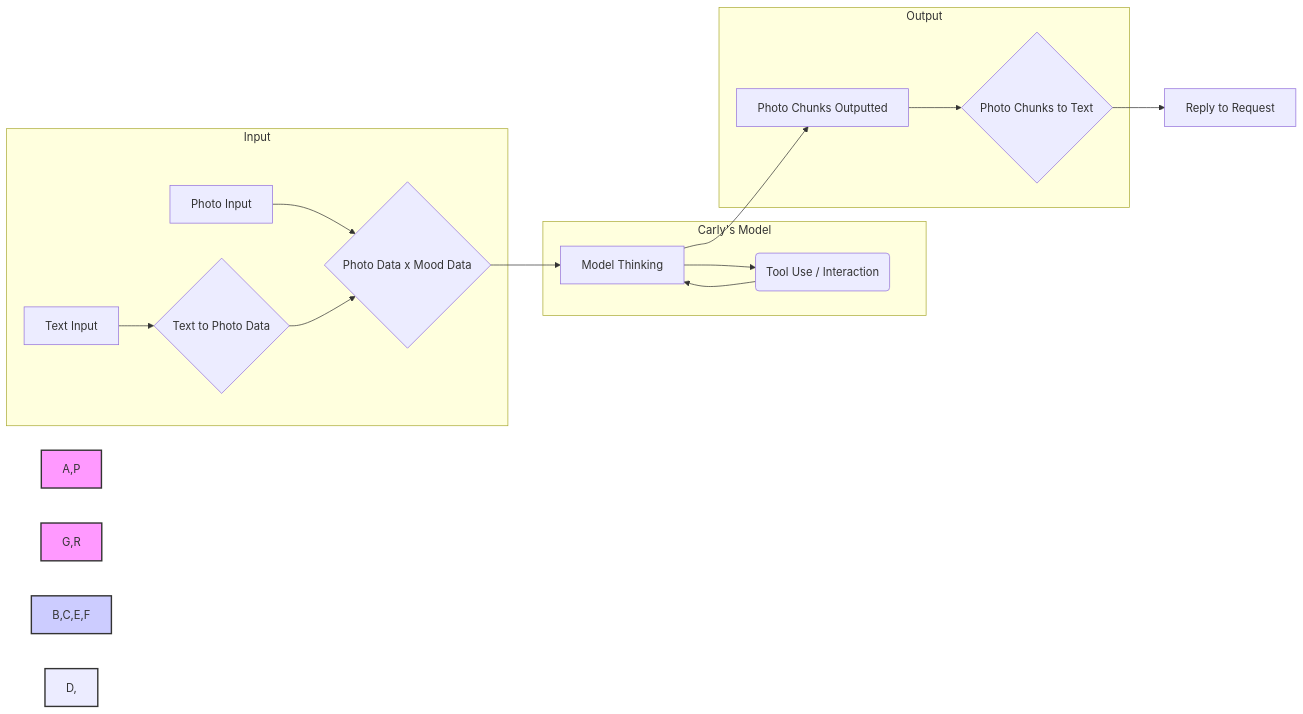
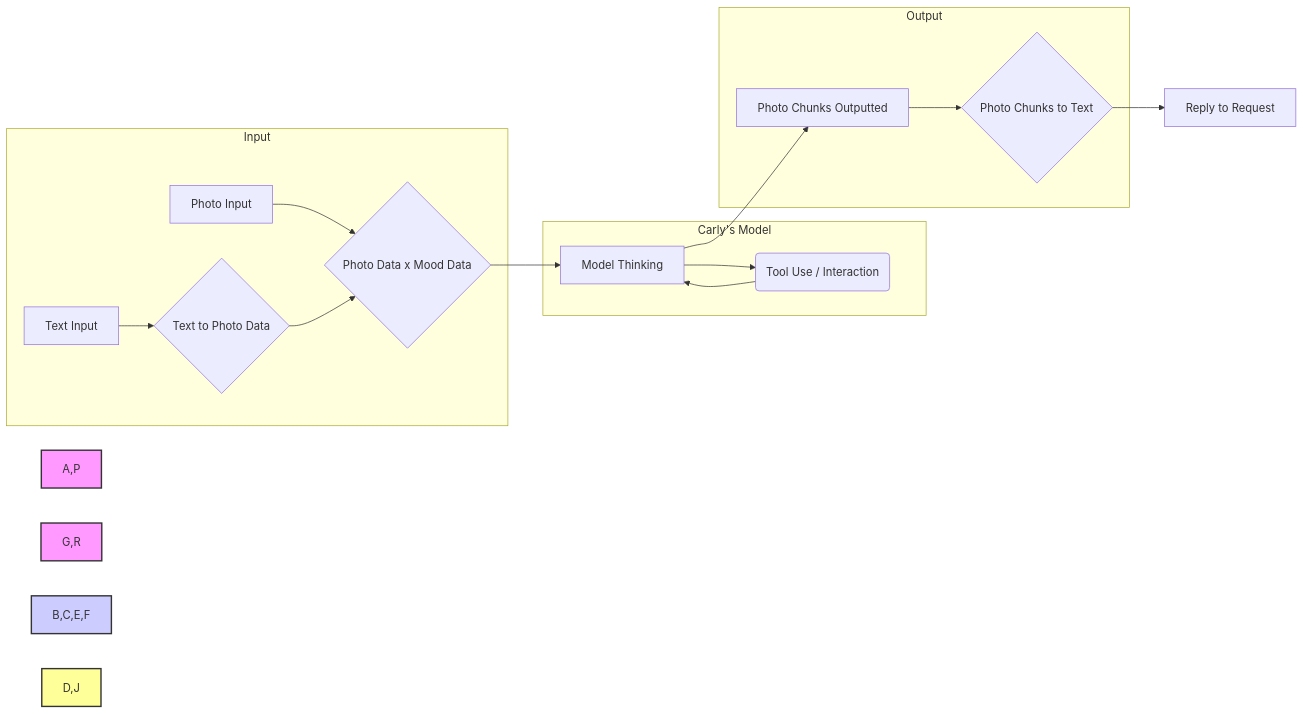
The diagram in content/about-us/carly-api.md (lunamidori5/Midori-AI-Website), drawn with Mermaid before and after one commit. The commit also changed other lines of this file, not shown here.

````diff
--- a/content/about-us/carly-api.md
+++ b/content/about-us/carly-api.md
@@ -37,23 +37,23 @@
 ```mermaid { align="center" zoom="true" }
 graph LR
     subgraph "Input"
         A[Text Input] --> B{Text to Photo Data}
         P[Photo Input] --> C{Photo Data x Mood Data}
     end
     B --> C
     subgraph "Carly's Model"
         C --> D[Model Thinking]
         D --> J("Tool Use / Interaction")
         J --> D
     end
     D --> F[Photo Chunks Outputted]
     subgraph "Output"
         F --> G{Photo Chunks to Text}
     end
     G --> R[Reply to Request]
 
     style A,P fill:#f9f,stroke:#333,stroke-width:2px
     style G,R fill:#f9f,stroke:#333,stroke-width:2px
     style B,C,E,F fill:#ccf,stroke:#333,stroke-width:2px
-    style D, J fill:#ff9,stroke:#333,stroke-width:2px
+    style D,J fill:#ff9,stroke:#333,stroke-width:2px
 ```
````
